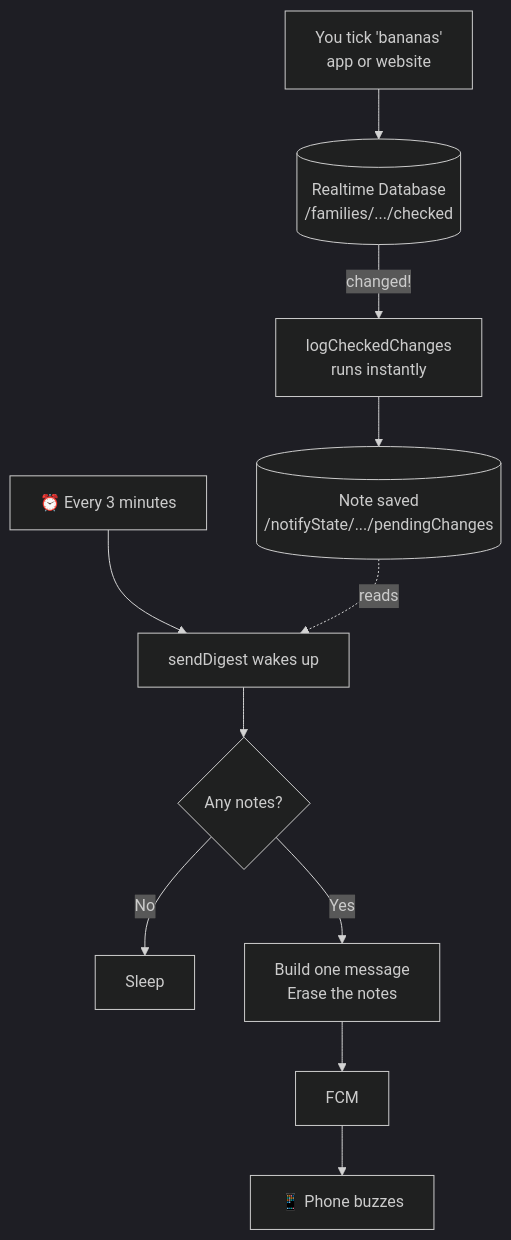
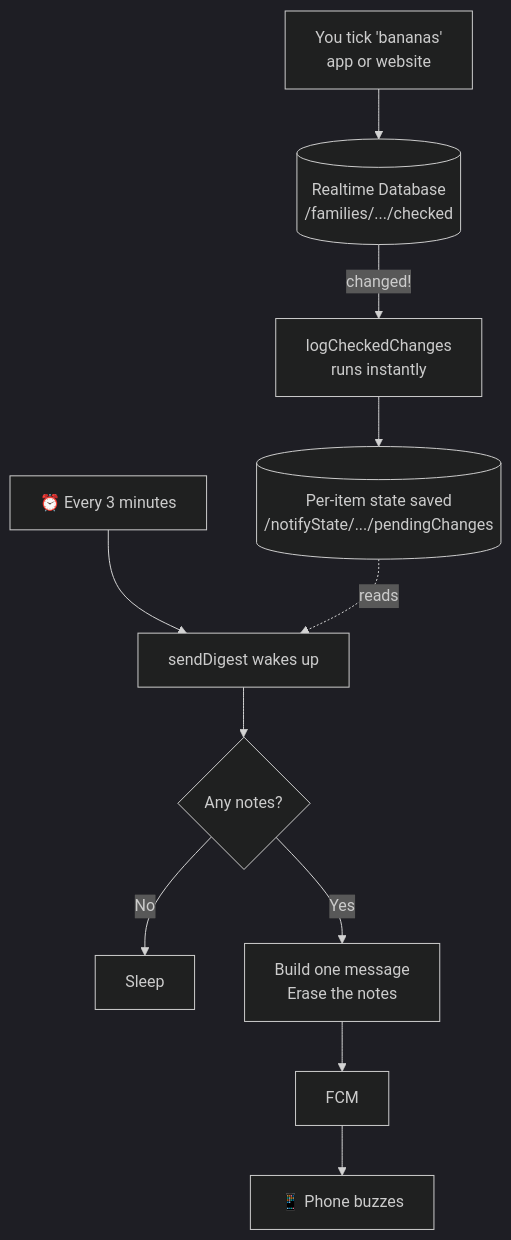
Before and after one commit to mckogan2/Testapp: the diagram in HOW-IT-WORKS.md, drawn with Mermaid (dark theme). The commit also changed other lines of this file and 1 other file, not shown here.

First line of the commit message:
Fix: report net change per item, not every individual tap

````diff
--- a/HOW-IT-WORKS.md
+++ b/HOW-IT-WORKS.md
@@ -231,13 +244,13 @@
 ```mermaid
 flowchart TD
     A["You tick 'bananas'<br/>app or website"] --> B[("Realtime Database<br/>/families/.../checked")]
     B -- "changed!" --> C["logCheckedChanges<br/>runs instantly"]
-    C --> D[("Note saved<br/>/notifyState/.../pendingChanges")]
+    C --> D[("Per-item state saved<br/>/notifyState/.../pendingChanges")]
     E["⏰ Every 3 minutes"] --> F["sendDigest wakes up"]
     D -. reads .-> F
     F --> G{"Any notes?"}
     G -- "No" --> H["Sleep"]
     G -- "Yes" --> I["Build one message<br/>Erase the notes"]
     I --> J["FCM"]
     J --> K["📱 Phone buzzes"]
 ```
````
